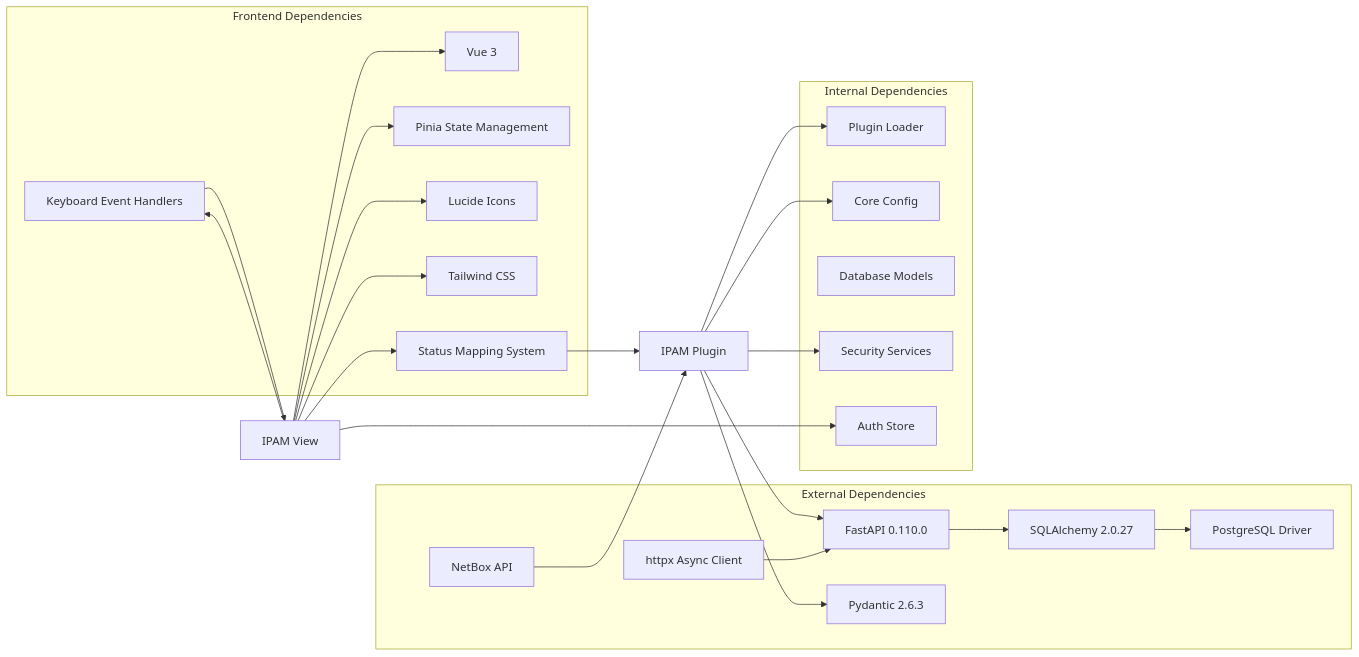
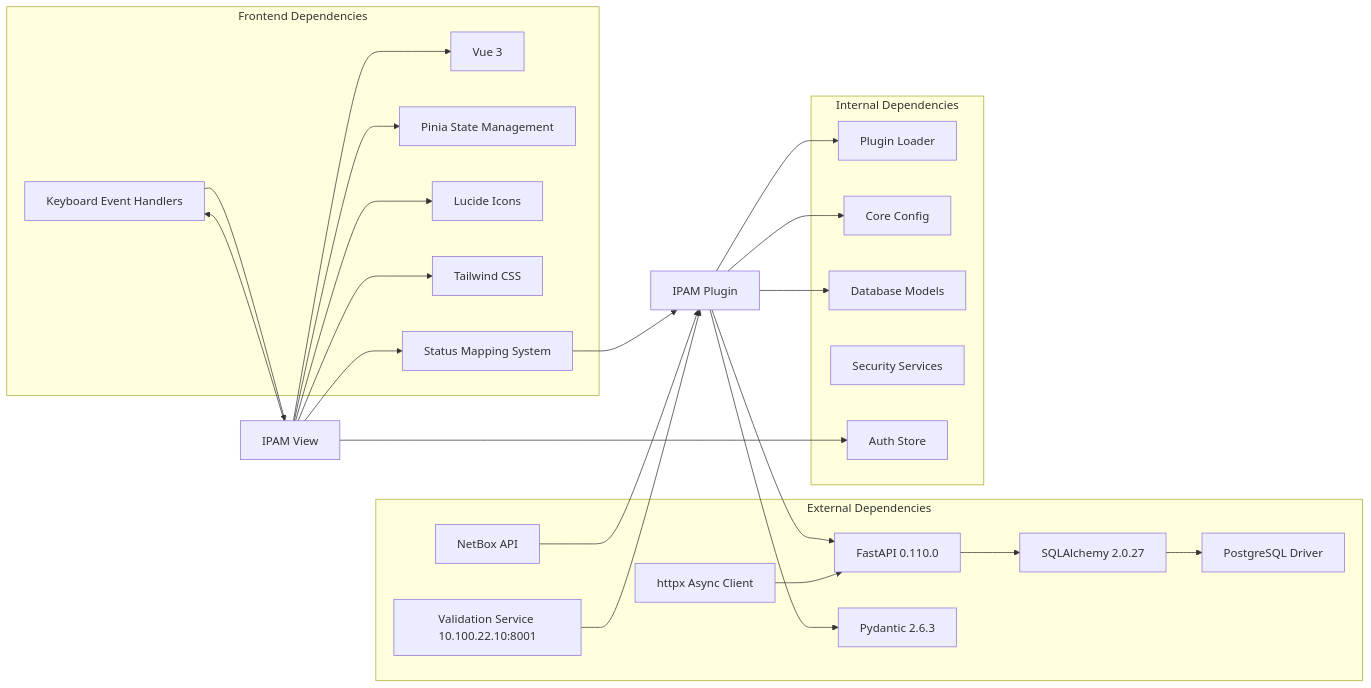
One commit to Nikita5543/New-SSO-02 changed diagram 11 of 11 in .qoder/repowiki/en/content/Built-in Plugins/IPAM Plugin.md. Above: the diagram before and after it, drawn with Mermaid. The commit also changed other lines of this file and 3 other files, not shown here.

Commit message:
Fix IPAM validation response parsing - use correct JSON structure

````diff
--- a/.qoder/repowiki/en/content/Built-in Plugins/IPAM Plugin.md
+++ b/.qoder/repowiki/en/content/Built-in Plugins/IPAM Plugin.md
@@ -447,44 +489,46 @@
 ```mermaid
 graph LR
 subgraph "External Dependencies"
 A[FastAPI 0.110.0]
 B[Pydantic 2.6.3]
 C[SQLAlchemy 2.0.27]
 D[PostgreSQL Driver]
 E[httpx Async Client]
 F[NetBox API]
+G[Validation Service 10.100.22.10:8001]
 end
 subgraph "Internal Dependencies"
-G[Plugin Loader]
-H[Core Config]
-I[Database Models]
-J[Security Services]
-K[Auth Store]
+H[Plugin Loader]
+I[Core Config]
+J[Database Models]
+K[Security Services]
+L[Auth Store]
 end
 subgraph "Frontend Dependencies"
-L[Vue 3]
-M[Pinia State Management]
-N[Lucide Icons]
-O[Tailwind CSS]
-P[Status Mapping System]
-Q[Keyboard Event Handlers]
+M[Vue 3]
+N[Pinia State Management]
+O[Lucide Icons]
+P[Tailwind CSS]
+Q[Status Mapping System]
+R[Keyboard Event Handlers]
 end
-R[IPAM Plugin] --> A
-R --> B
-R --> G
-R --> H
-R --> J
-S[IPAM View] --> K
-S --> L
-S --> M
-S --> N
-S --> O
-S --> P
-S --> Q
+S[IPAM Plugin] --> A
+S --> B
+S --> H
+S --> I
+S --> J
+T[IPAM View] --> L
+T --> M
+T --> N
+T --> O
+T --> P
+T --> Q
+T --> R
 A --> C
 C --> D
 E --> A
-F --> R
-P --> R
+F --> S
+G --> S
 Q --> S
+R --> T
 ```
````
